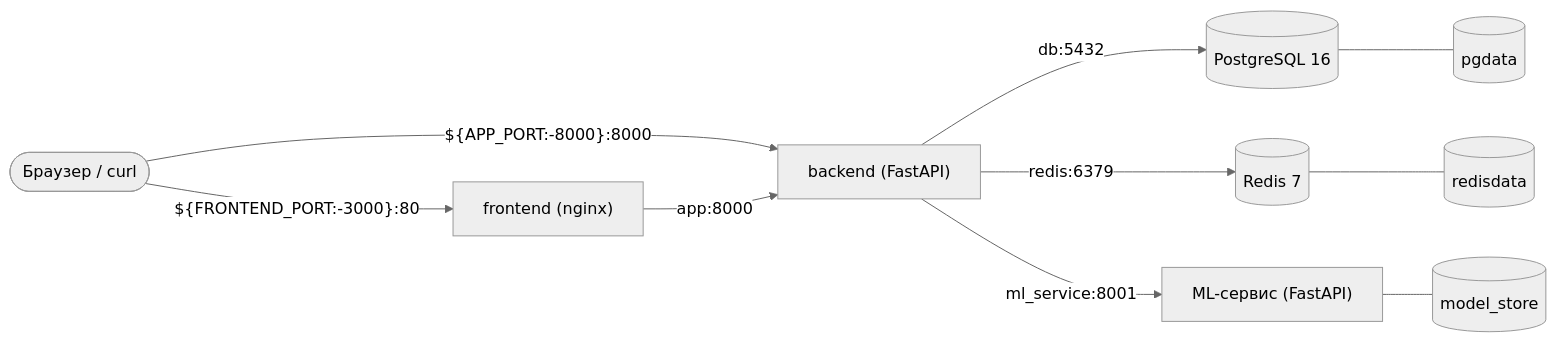
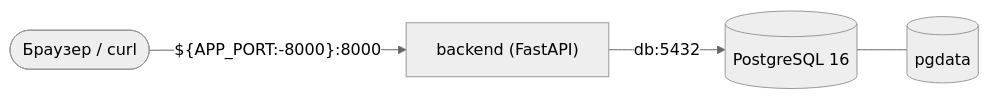
One commit to Vox71/survey-system changed the diagram in docs/environment-schema.md. Above: the diagram before and after it, drawn with Mermaid (neutral theme). The commit also changed other lines of this file, not shown here.

First line of the commit message:
docs: simplify environment schema to app and database (#11)

````diff
--- a/docs/environment-schema.md
+++ b/docs/environment-schema.md
@@ -20,12 +20,6 @@
 ```mermaid
 flowchart LR
-    user([Браузер / curl]) -->|"${FRONTEND_PORT:-3000}:80"| frontend["frontend (nginx)"]
-    user -->|"${APP_PORT:-8000}:8000"| app["backend (FastAPI)"]
-    frontend -->|"app:8000"| app
+    user([Браузер / curl]) -->|"${APP_PORT:-8000}:8000"| app["backend (FastAPI)"]
     app -->|"db:5432"| db[("PostgreSQL 16")]
-    app -->|"redis:6379"| redis[("Redis 7")]
-    app -->|"ml_service:8001"| ml["ML-сервис (FastAPI)"]
     db --- pgdata[("pgdata")]
-    redis --- redisdata[("redisdata")]
-    ml --- models[("model_store")]
 ```
````
